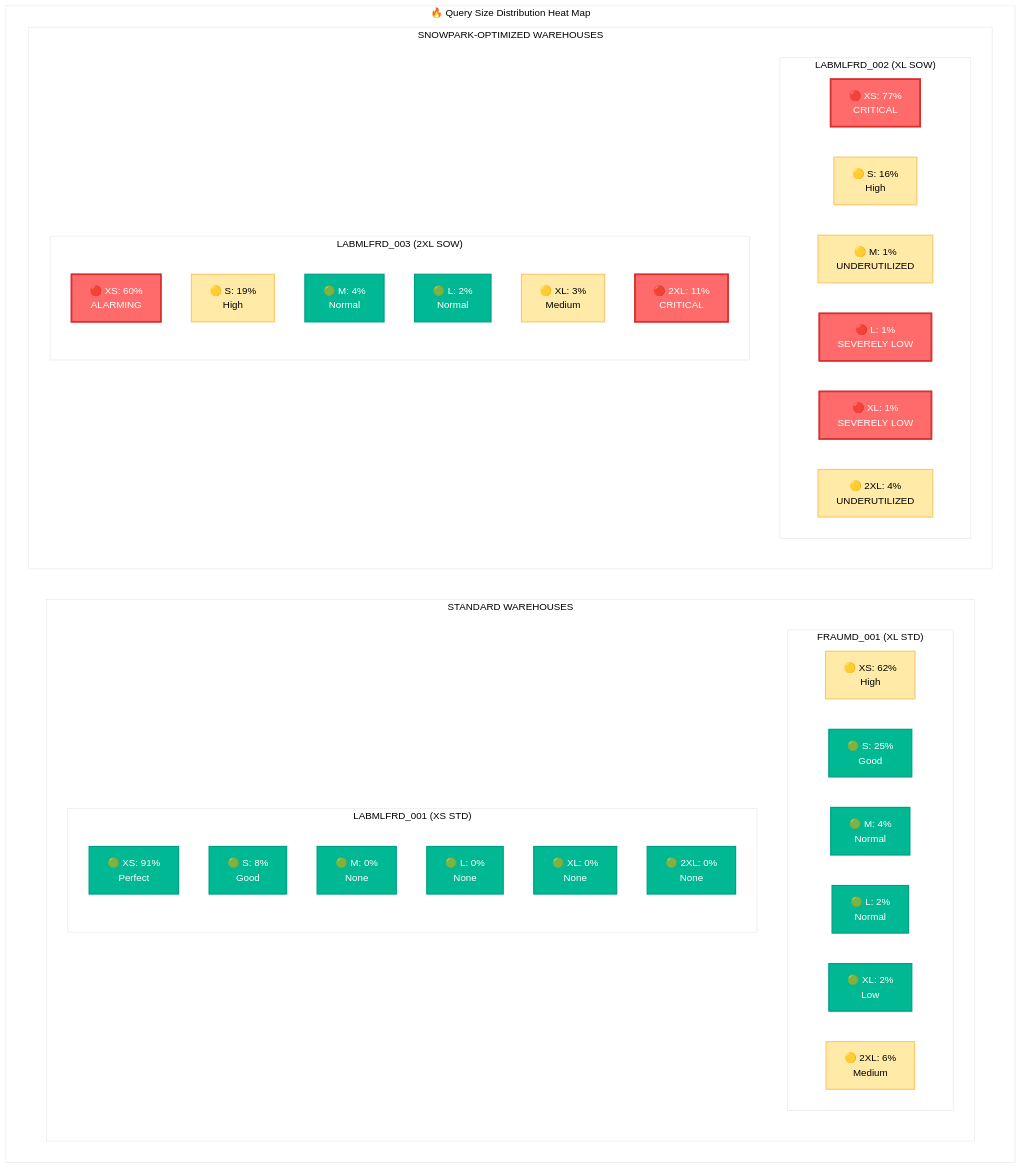
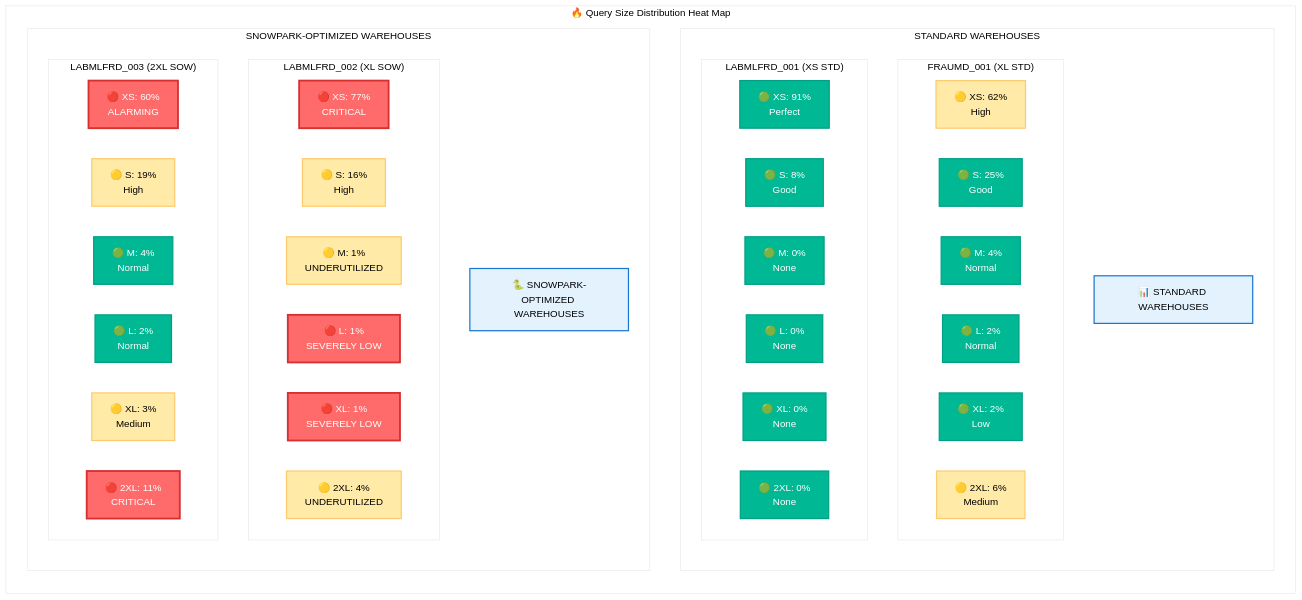
The first of 3 diagrams in WH Analysis/FRAUMD_Warehouse_Analysis_Guide.md (sfc-gh-mhindi/REPO_CBA), drawn with Mermaid before and after one commit.

Commit message:
Fixed heat map layout - corrected mermaid diagram structure
- Changed main flowchart direction from TB to LR for better layout
- Added explicit direction controls for each subgraph
- Added title nodes for Standard and SOW warehouse sections
- Fixed nested subgraph structure to display all warehouses horizontally
- Added title styling for section headers

````diff
--- a/WH Analysis/FRAUMD_Warehouse_Analysis_Guide.md
+++ b/WH Analysis/FRAUMD_Warehouse_Analysis_Guide.md
@@ -94,53 +94,65 @@
 ```mermaid
 %%{init: {'theme':'base', 'themeVariables': { 'primaryColor': '#ff6b6b', 'primaryTextColor': '#fff', 'primaryBorderColor': '#7C0000', 'lineColor': '#F8B229', 'secondaryColor': '#006100', 'tertiaryColor': '#fff'}}}%%
-flowchart TB
+flowchart LR
     subgraph "🔥 Query Size Distribution Heat Map"
         subgraph "STANDARD WAREHOUSES"
+            direction TB
+            STD_TITLE["📊 STANDARD WAREHOUSES"]
+            
             subgraph "FRAUMD_001 (XL STD)"
+                direction LR
                 F001_XS["🟡 XS: 62%<br/>High"]
                 F001_S["🟢 S: 25%<br/>Good"]
                 F001_M["🟢 M: 4%<br/>Normal"]
                 F001_L["🟢 L: 2%<br/>Normal"]
                 F001_XL["🟢 XL: 2%<br/>Low"]
                 F001_2XL["🟡 2XL: 6%<br/>Medium"]
             end
             
             subgraph "LABMLFRD_001 (XS STD)"
+                direction LR
                 L001_XS["🟢 XS: 91%<br/>Perfect"]
                 L001_S["🟢 S: 8%<br/>Good"]
                 L001_M["🟢 M: 0%<br/>None"]
                 L001_L["🟢 L: 0%<br/>None"]
                 L001_XL["🟢 XL: 0%<br/>None"]
                 L001_2XL["🟢 2XL: 0%<br/>None"]
             end
         end
         
         subgraph "SNOWPARK-OPTIMIZED WAREHOUSES"
+            direction TB
+            SOW_TITLE["🐍 SNOWPARK-OPTIMIZED WAREHOUSES"]
+            
             subgraph "LABMLFRD_002 (XL SOW)"
+                direction LR
                 L002_XS["🔴 XS: 77%<br/>CRITICAL"]
                 L002_S["🟡 S: 16%<br/>High"]
                 L002_M["🟡 M: 1%<br/>UNDERUTILIZED"]
                 L002_L["🔴 L: 1%<br/>SEVERELY LOW"]
                 L002_XL["🔴 XL: 1%<br/>SEVERELY LOW"]
                 L002_2XL["🟡 2XL: 4%<br/>UNDERUTILIZED"]
             end
             
             subgraph "LABMLFRD_003 (2XL SOW)"
+                direction LR
                 L003_XS["🔴 XS: 60%<br/>ALARMING"]
                 L003_S["🟡 S: 19%<br/>High"]
                 L003_M["🟢 M: 4%<br/>Normal"]
                 L003_L["🟢 L: 2%<br/>Normal"]
                 L003_XL["🟡 XL: 3%<br/>Medium"]
                 L003_2XL["🔴 2XL: 11%<br/>CRITICAL"]
             end
         end
     end
     
     classDef critical fill:#ff6b6b,stroke:#d63031,stroke-width:3px,color:#fff
     classDef warning fill:#ffeaa7,stroke:#fdcb6e,stroke-width:2px,color:#000
     classDef good fill:#00b894,stroke:#00a085,stroke-width:2px,color:#fff
+    classDef titleStyle fill:#e3f2fd,stroke:#1976d2,stroke-width:2px,color:#000
     
     class L003_XS,L003_2XL,L002_XS,L002_L,L002_XL critical
     class L003_S,L003_XL,F001_XS,F001_2XL,L002_S,L002_M,L002_2XL warning
     class L003_M,L003_L,F001_S,F001_M,F001_L,F001_XL,L001_XS,L001_S,L001_M,L001_L,L001_XL,L001_2XL good
+    class STD_TITLE,SOW_TITLE titleStyle
 ```
````
